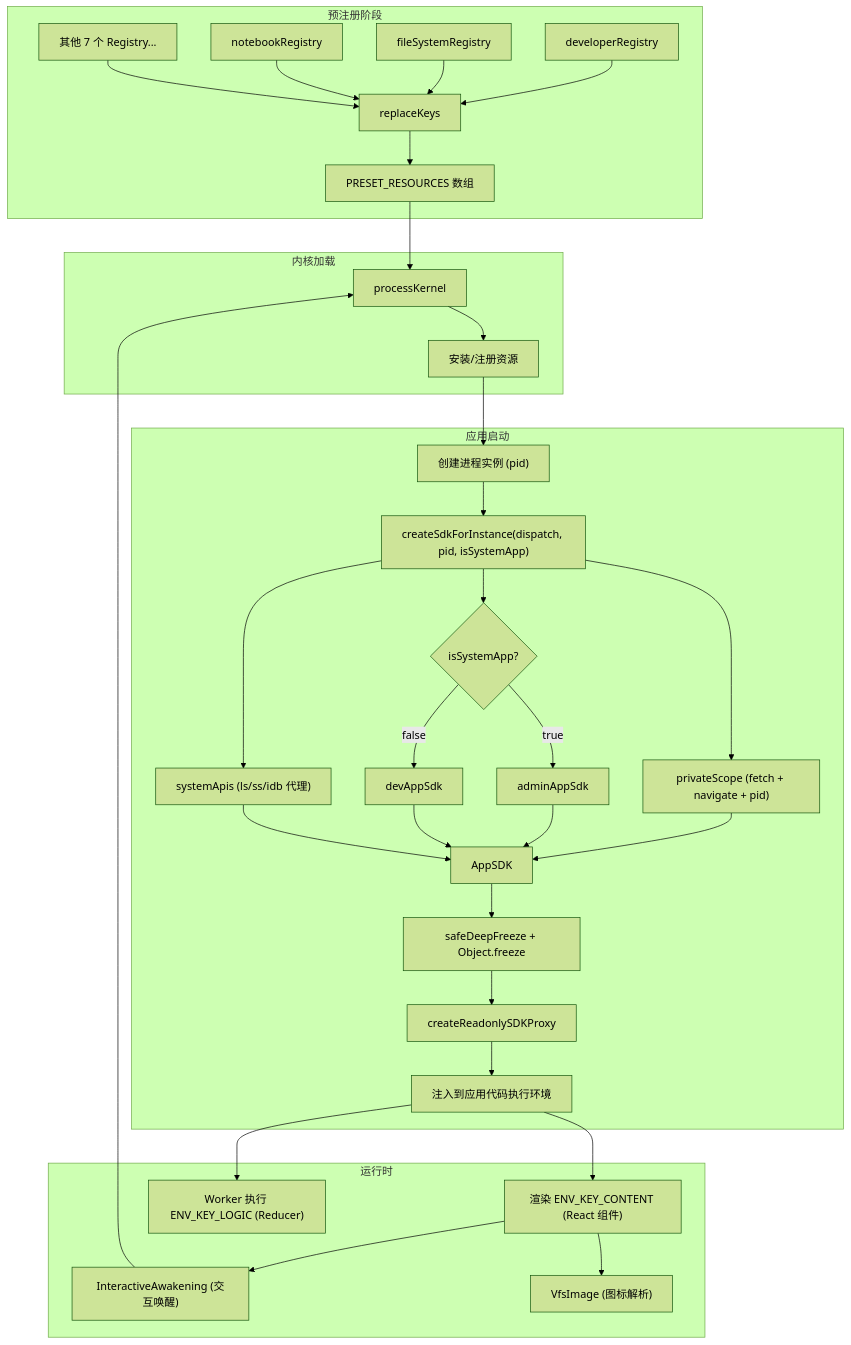
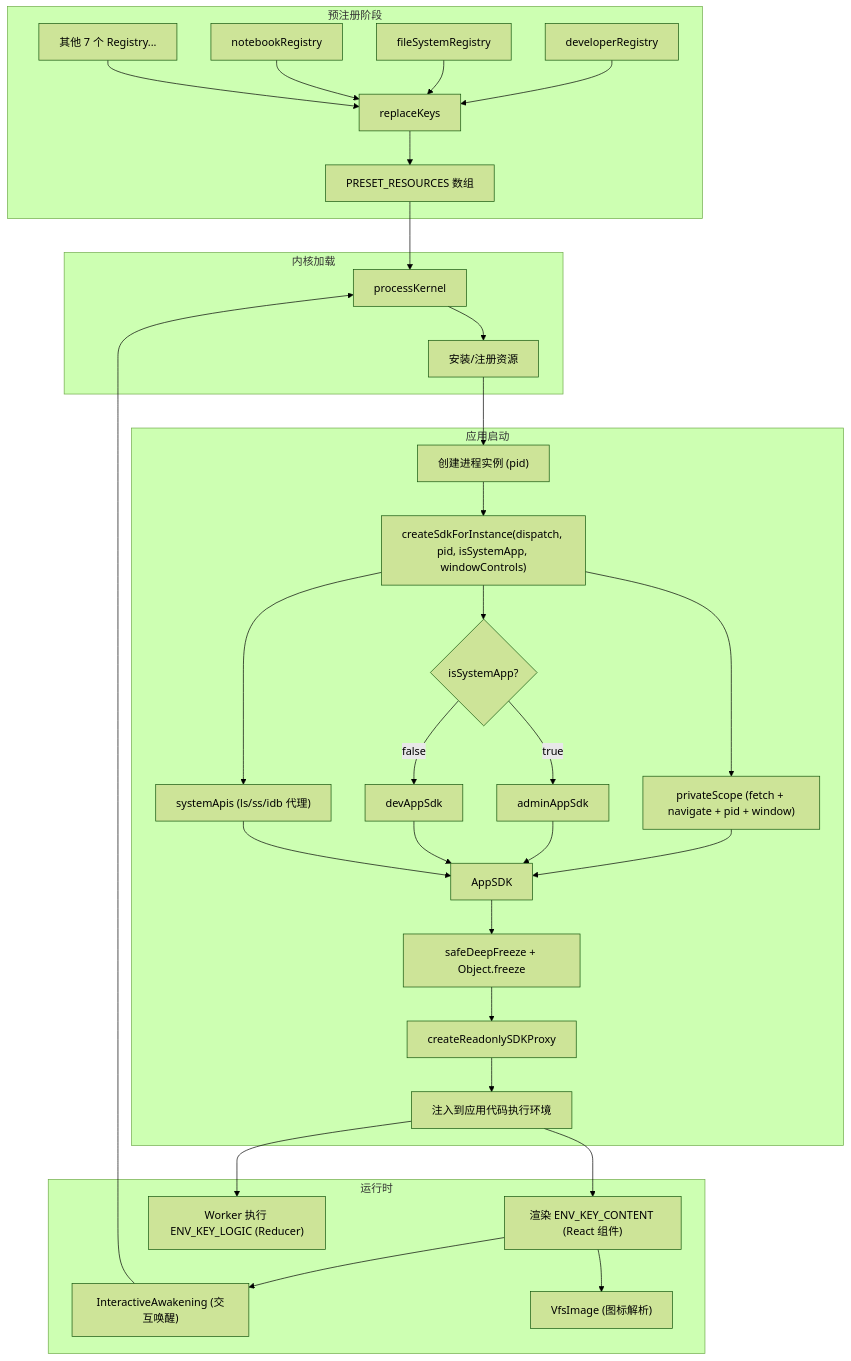
The fifth of 5 diagrams in docs/module/03-resources.md (suluwanqing/sukinOS), drawn with Mermaid (forest theme) before and after one commit. The commit also changed other lines of this file and 70 other files, not shown here.

````diff
--- a/docs/module/03-resources.md
+++ b/docs/module/03-resources.md
@@ -536,40 +545,40 @@
 ```mermaid
 flowchart TB
     subgraph 预注册阶段
         R1["developerRegistry"] --> PR["replaceKeys"]
         R2["fileSystemRegistry"] --> PR
         R3["notebookRegistry"] --> PR
         R4["其他 7 个 Registry..."] --> PR
         PR --> PRES["PRESET_RESOURCES 数组"]
     end
 
     subgraph 内核加载
         PRES --> KERNEL["processKernel"]
         KERNEL --> INSTALL["安装/注册资源"]
     end
 
     subgraph 应用启动
         INSTALL --> INSTANCE["创建进程实例 (pid)"]
-        INSTANCE --> FACTORY["createSdkForInstance(dispatch, pid, isSystemApp)"]
-        FACTORY --> SCOPE["privateScope (fetch + navigate + pid)"]
+        INSTANCE --> FACTORY["createSdkForInstance(dispatch, pid, isSystemApp, windowControls)"]
+        FACTORY --> SCOPE["privateScope (fetch + navigate + pid + window)"]
         FACTORY --> BASE{isSystemApp?}
         BASE -->|true| ADMIN["adminAppSdk"]
         BASE -->|false| DEV["devAppSdk"]
         FACTORY --> SYS["systemApis (ls/ss/idb 代理)"]
         SCOPE --> SDK["AppSDK"]
         ADMIN --> SDK
         DEV --> SDK
         SYS --> SDK
         SDK --> FREEZE["safeDeepFreeze + Object.freeze"]
         FREEZE --> PROXY["createReadonlySDKProxy"]
         PROXY --> CODE["注入到应用代码执行环境"]
     end
 
     subgraph 运行时
         CODE --> VIEW["渲染 ENV_KEY_CONTENT (React 组件)"]
         CODE --> LOGIC["Worker 执行 ENV_KEY_LOGIC (Reducer)"]
         VIEW --> MID1["InteractiveAwakening (交互唤醒)"]
         VIEW --> MID2["VfsImage (图标解析)"]
         MID1 --> KERNEL
     end
 ```
````
